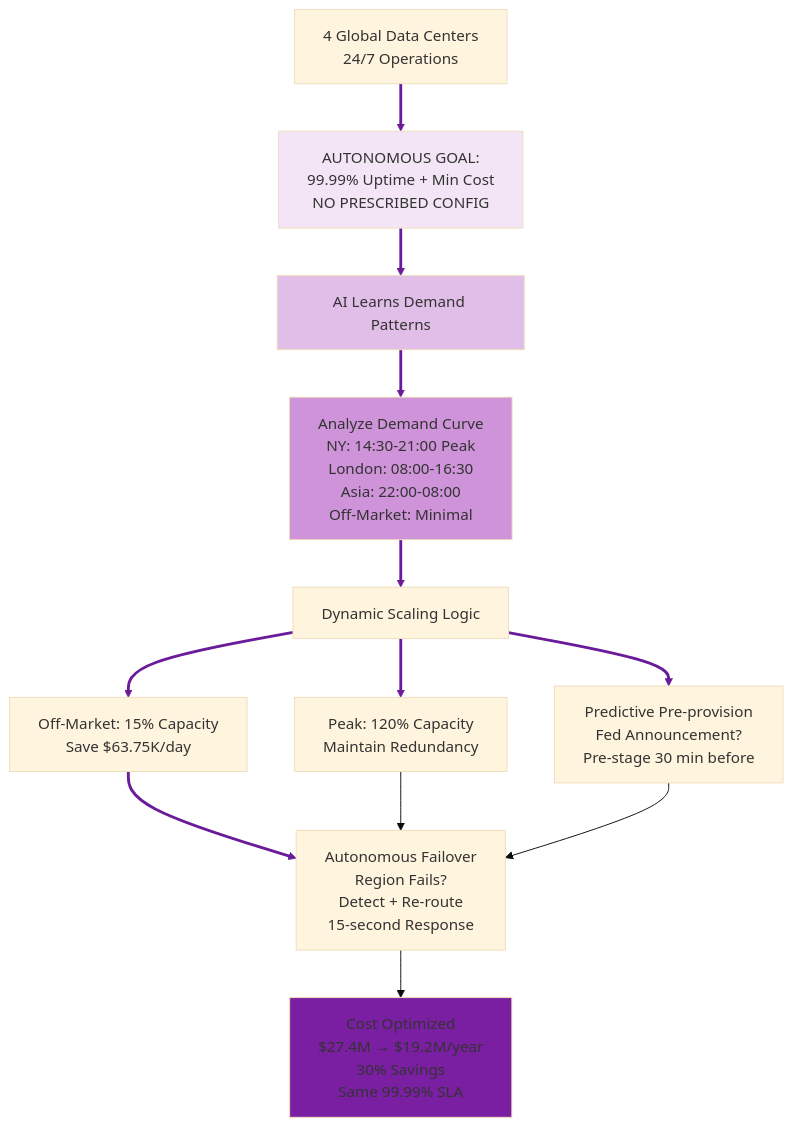
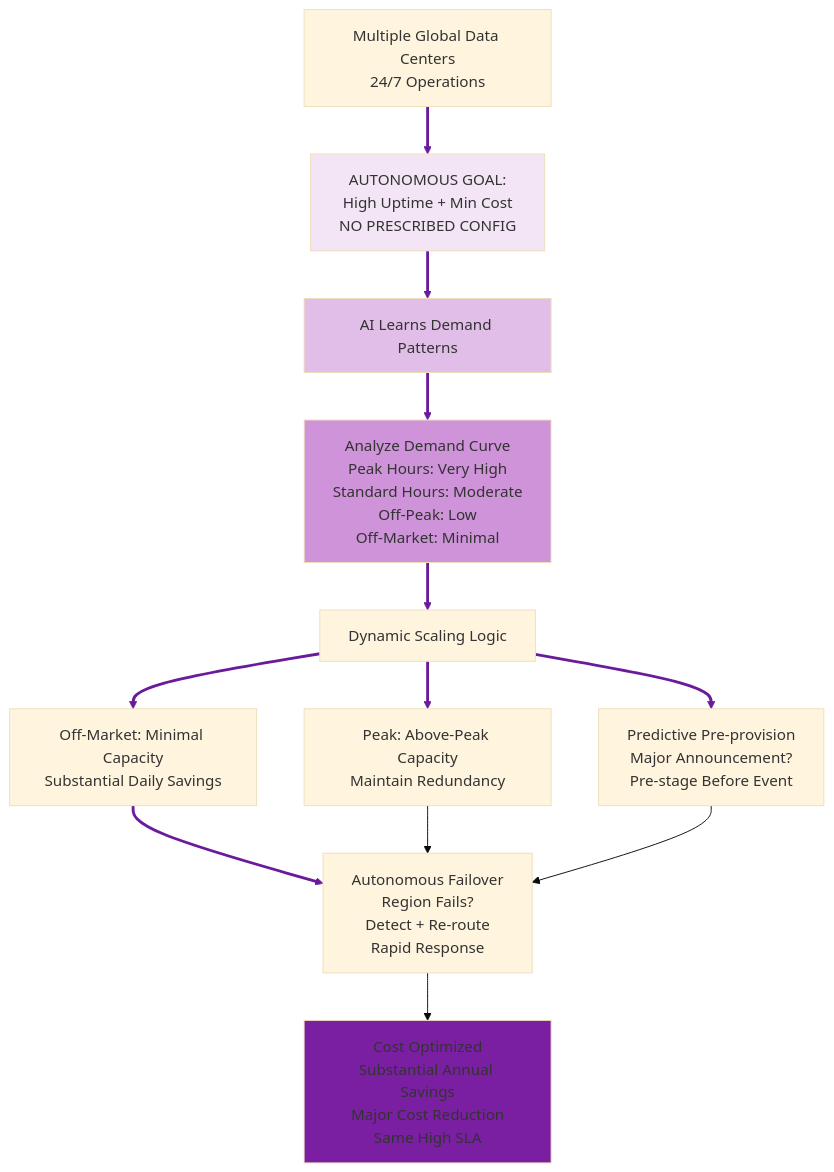
The sixth of 6 diagrams in debate_shortlisted_topics_slide_prep-topic4&6-usecase-set04-v2.md (whatevergeek/agentic_vs_deterministic), drawn with Mermaid (base theme) before and after one commit. The commit also changed other lines of this file, not shown here.

````diff
--- a/debate_shortlisted_topics_slide_prep-topic4&6-usecase-set04-v2.md
+++ b/debate_shortlisted_topics_slide_prep-topic4&6-usecase-set04-v2.md
@@ -237,21 +237,21 @@
 ```mermaid
 graph TD
-    A["4 Global Data Centers<br/>24/7 Operations"] --> B["AUTONOMOUS GOAL:<br/>99.99% Uptime + Min Cost<br/>NO PRESCRIBED CONFIG"]
+    A["Multiple Global Data Centers<br/>24/7 Operations"] --> B["AUTONOMOUS GOAL:<br/>High Uptime + Min Cost<br/>NO PRESCRIBED CONFIG"]
     B --> C["AI Learns Demand Patterns"]
-    C --> D["Analyze Demand Curve<br/>NY: 14:30-21:00 Peak<br/>London: 08:00-16:30<br/>Asia: 22:00-08:00<br/>Off-Market: Minimal"]
+    C --> D["Analyze Demand Curve<br/>Peak Hours: Very High<br/>Standard Hours: Moderate<br/>Off-Peak: Low<br/>Off-Market: Minimal"]
     D --> E["Dynamic Scaling Logic"]
-    E --> F["Off-Market: 15% Capacity<br/>Save $63.75K/day"]
-    E --> G["Peak: 120% Capacity<br/>Maintain Redundancy"]
-    E --> H["Predictive Pre-provision<br/>Fed Announcement?<br/>Pre-stage 30 min before"]
-    F --> I["Autonomous Failover<br/>Region Fails?<br/>Detect + Re-route<br/>15-second Response"]
+    E --> F["Off-Market: Minimal Capacity<br/>Substantial Daily Savings"]
+    E --> G["Peak: Above-Peak Capacity<br/>Maintain Redundancy"]
+    E --> H["Predictive Pre-provision<br/>Major Announcement?<br/>Pre-stage Before Event"]
+    F --> I["Autonomous Failover<br/>Region Fails?<br/>Detect + Re-route<br/>Rapid Response"]
     G --> I
     H --> I
-    I --> J["Cost Optimized<br/>$27.4M → $19.2M/year<br/>30% Savings<br/>Same 99.99% SLA"]
+    I --> J["Cost Optimized<br/>Substantial Annual Savings<br/>Major Cost Reduction<br/>Same High SLA"]
     
     style B fill:#f3e5f5
     style C fill:#e1bee7
     style D fill:#ce93d8
     style J fill:#7b1fa2
     
     linkStyle 0,1,2,3,4,5,6,7 stroke:#6a1b9a,stroke-width:3px
 ```
````
